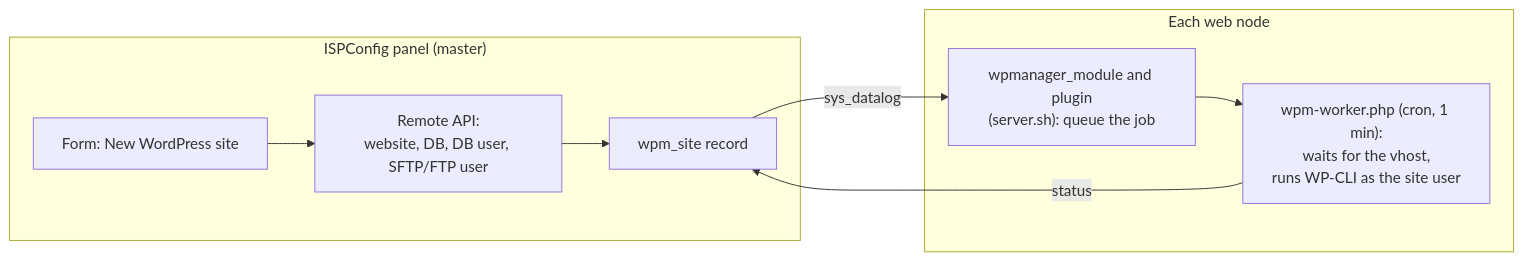
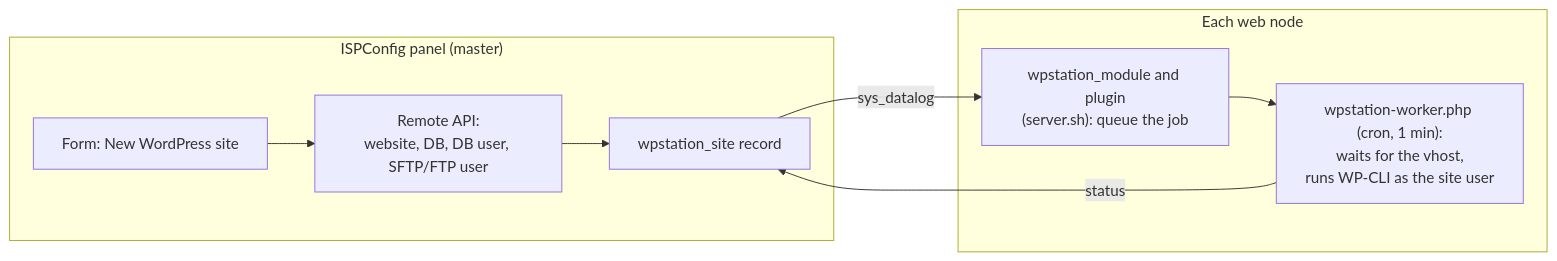
One commit to stekky81/ispconfig-wp-manager changed the diagram in README.md. Above: the diagram before and after it, drawn with Mermaid. The commit also changed other lines of this file and 213 other files, not shown here.

````diff
--- a/README.md
+++ b/README.md
@@ -64,16 +67,16 @@
 ```mermaid
 flowchart LR
     subgraph panel["ISPConfig panel (master)"]
         form["Form: New WordPress site"]
         api["Remote API:<br/>website, DB, DB user, SFTP/FTP user"]
-        rec["wpm_site record"]
+        rec["wpstation_site record"]
         form --> api --> rec
     end
     subgraph webnode["Each web node"]
-        plugin["wpmanager_module and plugin<br/>(server.sh): queue the job"]
-        worker["wpm-worker.php (cron, 1 min):<br/>waits for the vhost,<br/>runs WP-CLI as the site user"]
+        plugin["wpstation_module and plugin<br/>(server.sh): queue the job"]
+        worker["wpstation-worker.php (cron, 1 min):<br/>waits for the vhost,<br/>runs WP-CLI as the site user"]
         plugin --> worker
     end
     rec -- sys_datalog --> plugin
     worker -- status --> rec
 ```
````
